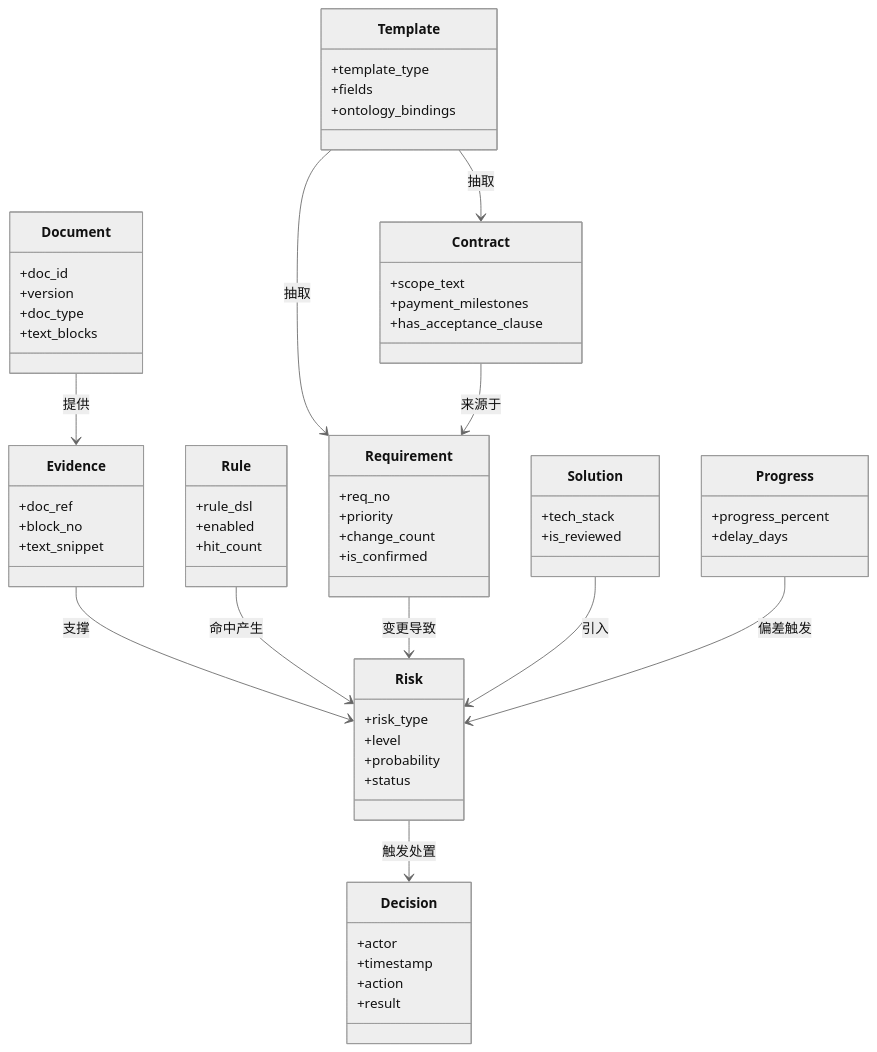
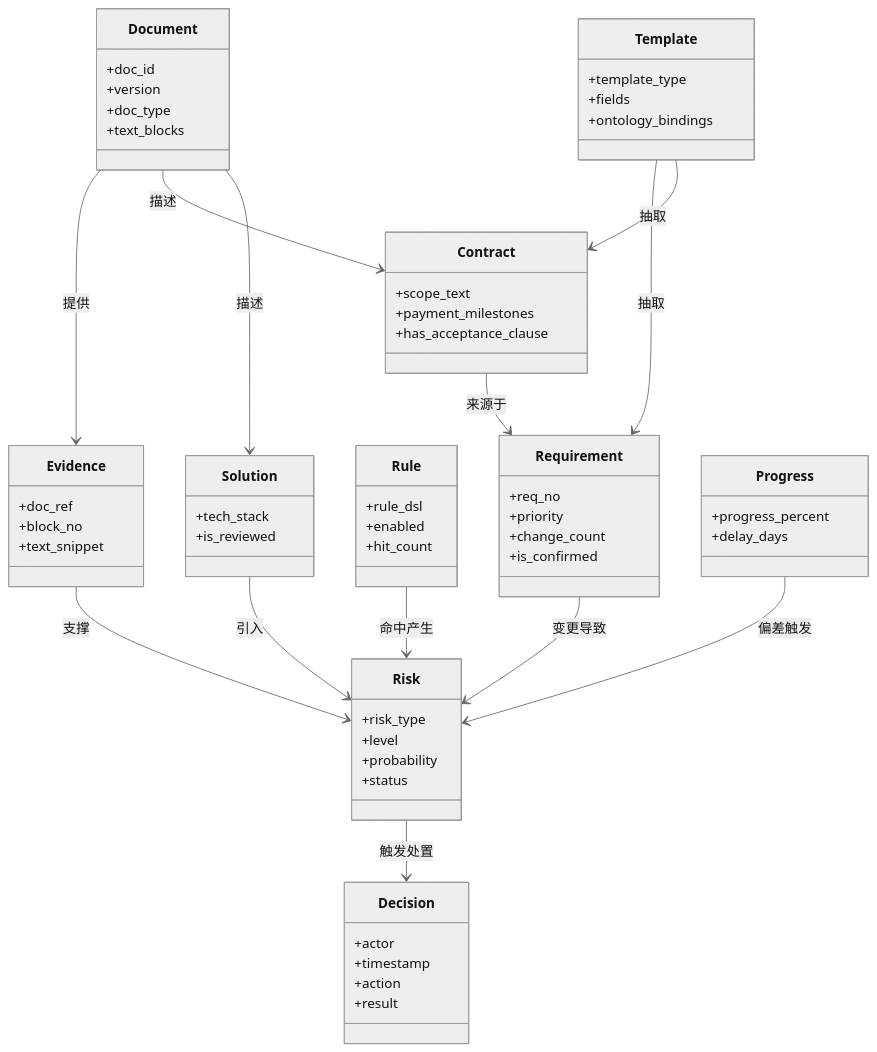
Diagram 13 of 16 in Ontology/方案/项目风险管控工具设计方案-v1.0.md (sealzrt/2026-08--agent), drawn with Mermaid (neutral theme) before and after one commit. The commit also changed other lines of this file, not shown here.

````diff
--- a/Ontology/方案/项目风险管控工具设计方案-v1.0.md
+++ b/Ontology/方案/项目风险管控工具设计方案-v1.0.md
@@ -517,66 +519,68 @@
 ```mermaid
 classDiagram
     class Document {
         +doc_id
         +version
         +doc_type
         +text_blocks
     }
     class Contract {
         +scope_text
         +payment_milestones
         +has_acceptance_clause
     }
     class Requirement {
         +req_no
         +priority
         +change_count
         +is_confirmed
     }
     class Solution {
         +tech_stack
         +is_reviewed
     }
     class Risk {
         +risk_type
         +level
         +probability
         +status
     }
     class Template {
         +template_type
         +fields
         +ontology_bindings
     }
     class Rule {
         +rule_dsl
         +enabled
         +hit_count
     }
     class Decision {
         +actor
         +timestamp
         +action
         +result
     }
     class Evidence {
         +doc_ref
         +block_no
         +text_snippet
     }
     class Progress {
         +progress_percent
         +delay_days
     }
 
     Document --> Evidence : 提供
+    Document --> Contract : 描述
+    Document --> Solution : 描述
     Evidence --> Risk : 支撑
     Template --> Requirement : 抽取
     Template --> Contract : 抽取
     Rule --> Risk : 命中产生
     Risk --> Decision : 触发处置
     Contract --> Requirement : 来源于
     Requirement --> Risk : 变更导致
     Solution --> Risk : 引入
     Progress --> Risk : 偏差触发
 ```
````
